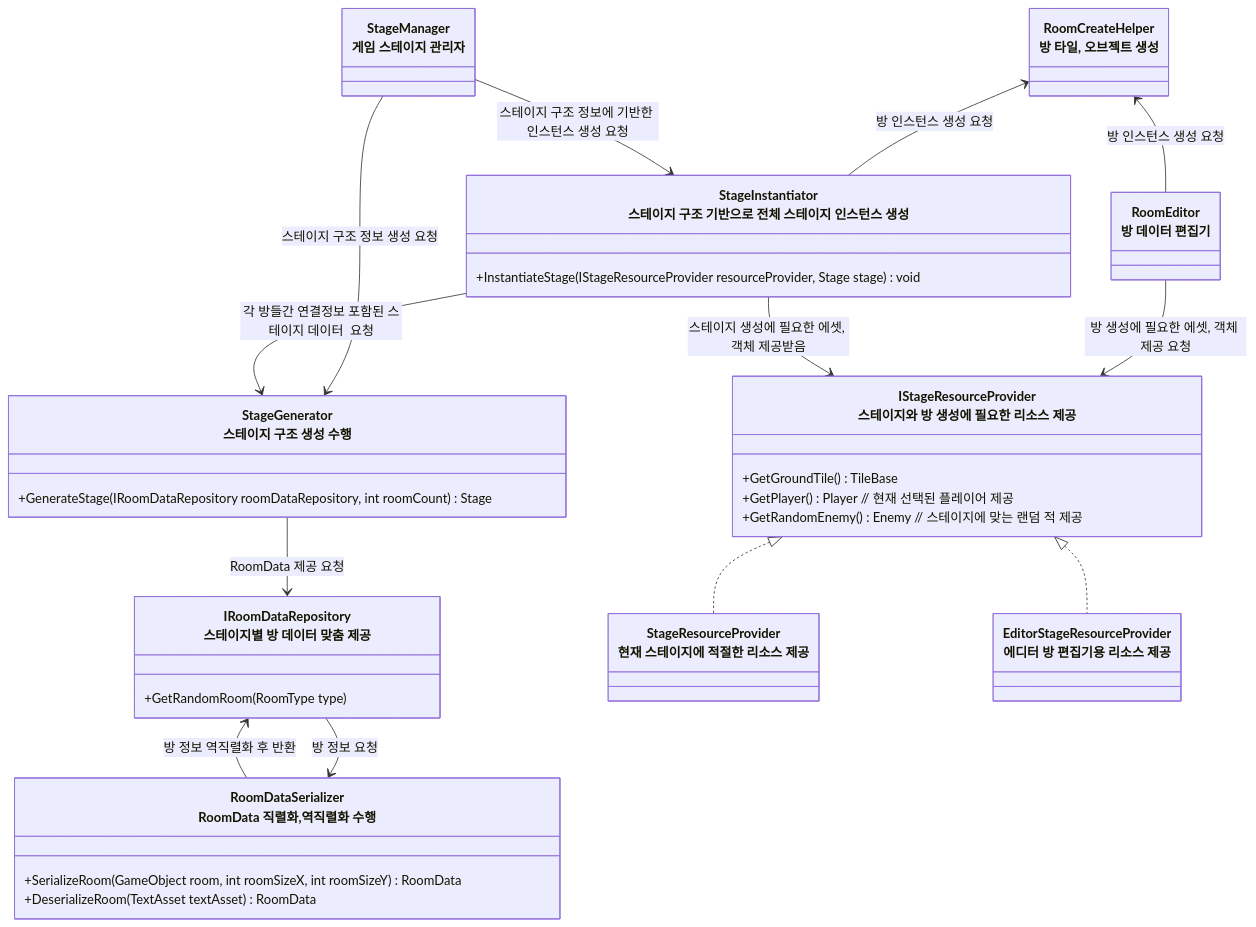
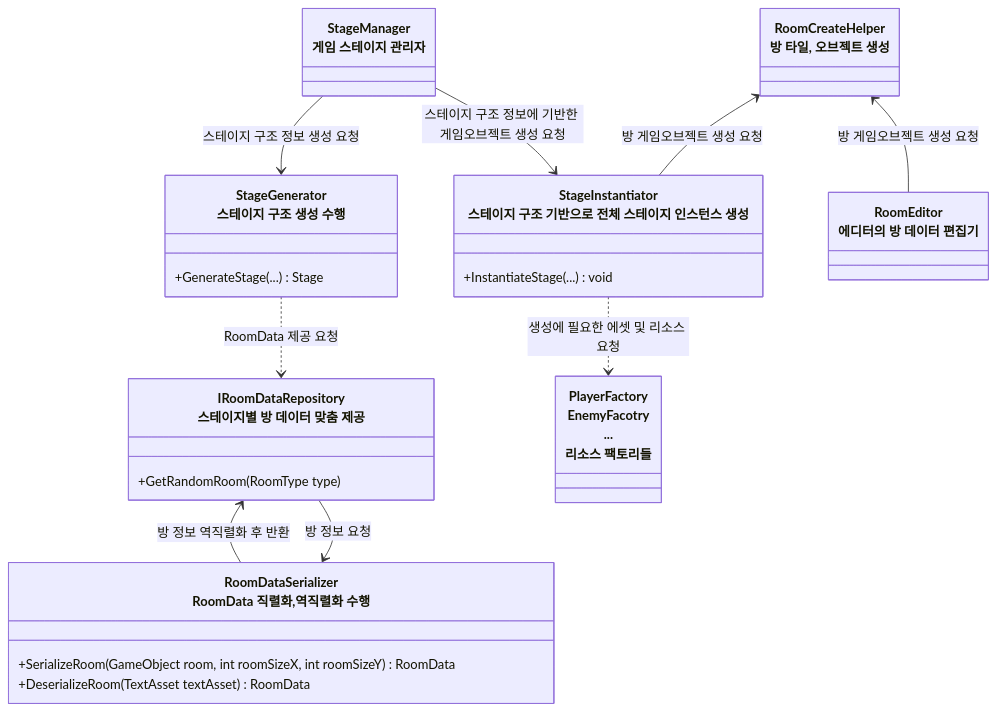
Before and after one commit to JIN5EOK/DungeonShooter: the second of 5 diagrams in README/스테이지_설계.md, drawn with Mermaid. The commit also changed other lines of this file and 1 other file, not shown here.

````diff
--- a/README/스테이지_설계.md
+++ b/README/스테이지_설계.md
@@ -78,49 +78,37 @@
 ```mermaid
 classDiagram
 
     class IRoomDataRepository["IRoomDataRepository<br>스테이지별 방 데이터 맞춤 제공"] {
         +GetRandomRoom(RoomType type)
     }
 
     class RoomDataSerializer["RoomDataSerializer<br>RoomData 직렬화,역직렬화 수행"]{
         +SerializeRoom(GameObject room, int roomSizeX, int roomSizeY) RoomData
         +DeserializeRoom(TextAsset textAsset) RoomData
     }
 
     class StageGenerator["StageGenerator<br>스테이지 구조 생성 수행"]{
-        +GenerateStage(IRoomDataRepository roomDataRepository, int roomCount) Stage
+        +GenerateStage(...) Stage
     }
 
     class StageInstantiator["StageInstantiator<br>스테이지 구조 기반으로 전체 스테이지 인스턴스 생성"]{
-        +InstantiateStage(IStageResourceProvider resourceProvider, Stage stage) void
+        +InstantiateStage(...) void
     }
     
     class StageManager["StageManager<br>게임 스테이지 관리자"]{
     }
-
-
-    class IStageResourceProvider["IStageResourceProvider<br>스테이지와 방 생성에 필요한 리소스 제공"]{
-        +GetGroundTile() TileBase
-        +GetPlayer() Player // 현재 선택된 플레이어 제공
-        +GetRandomEnemy() Enemy // 스테이지에 맞는 랜덤 적 제공
-    }
+    class 팩토리들["PlayerFactory<br>EnemyFacotry<br>...<br>리소스 팩토리들"]
 
     class RoomCreateHelper["RoomCreateHelper<br>방 타일, 오브젝트 생성"]
-    class RoomEditor["RoomEditor<br>방 데이터 편집기"]
-    class StageResourceProvider["StageResourceProvider<br>현재 스테이지에 적절한 리소스 제공"]
-    class EditorStageResourceProvider["EditorStageResourceProvider<br>에디터 방 편집기용 리소스 제공"]
+    class RoomEditor["RoomEditor<br>에디터의 방 데이터 편집기"]
 
-    RoomCreateHelper <-- StageInstantiator : 방 인스턴스 생성 요청
-    RoomCreateHelper <-- RoomEditor : 방 인스턴스 생성 요청
-    IStageResourceProvider <|.. StageResourceProvider
-    IStageResourceProvider <|.. EditorStageResourceProvider
-    RoomEditor --> IStageResourceProvider : 방 생성에 필요한 에셋, 객체 제공 요청
-    StageInstantiator --> IStageResourceProvider : 스테이지 생성에 필요한 에셋, 객체 제공받음
-    StageGenerator --> IRoomDataRepository : RoomData 제공 요청
-    StageManager --> StageInstantiator : 스테이지 구조 정보에 기반한 인스턴스 생성 요청
+    RoomCreateHelper <-- StageInstantiator : 방 게임오브젝트 생성 요청
+    RoomCreateHelper <-- RoomEditor : 방 게임오브젝트 생성 요청
+    StageGenerator ..> IRoomDataRepository : RoomData 제공 요청
+    StageManager --> StageInstantiator : 스테이지 구조 정보에 기반한 게임오브젝트 생성 요청
     StageManager --> StageGenerator : 스테이지 구조 정보 생성 요청
 
     IRoomDataRepository --> RoomDataSerializer : 방 정보 요청
     RoomDataSerializer -->  IRoomDataRepository : 방 정보 역직렬화 후 반환
-    StageInstantiator --> StageGenerator : 각 방들간 연결정보 포함된 스테이지 데이터  요청
+    StageInstantiator ..> 팩토리들 : 생성에 필요한 에셋 및 리소스 요청
 ```
````
